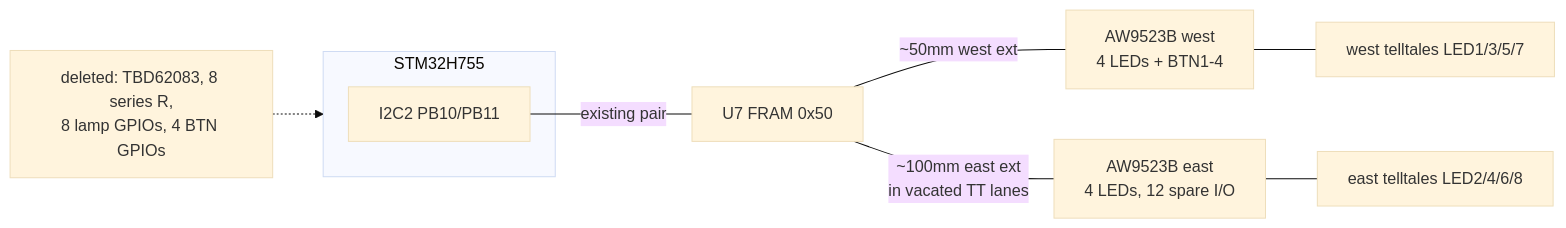
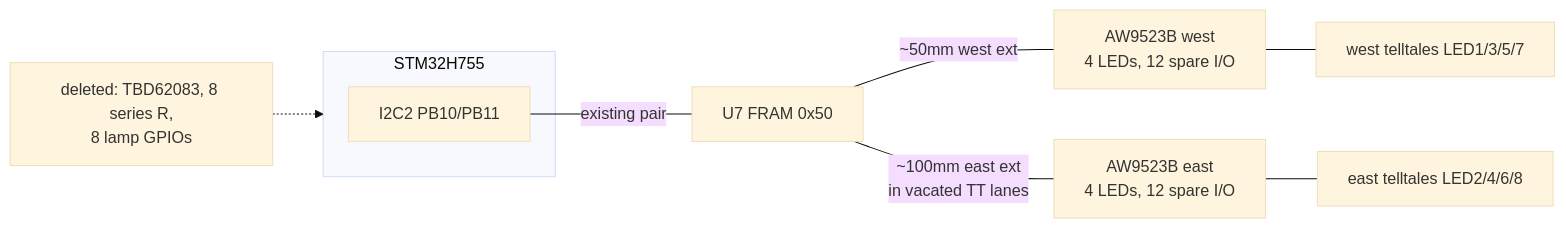
One commit to kms254/Mustang-Dash-Test changed the diagram in docs/plans/2026-07-28-001-feat-i2c-peripheral-consolidation-plan.md. Above: the diagram before and after it, drawn with Mermaid (base theme). The commit also changed other lines of this file, not shown here.

````diff
--- a/docs/plans/2026-07-28-001-feat-i2c-peripheral-consolidation-plan.md
+++ b/docs/plans/2026-07-28-001-feat-i2c-peripheral-consolidation-plan.md
@@ -91,12 +94,12 @@
 ```mermaid
 flowchart LR
   subgraph U1[STM32H755]
     I2C2[I2C2 PB10/PB11]
   end
   I2C2 ---|existing pair| U7[U7 FRAM 0x50]
-  U7 ---|~50mm west ext| W[AW9523B west<br/>4 LEDs + BTN1-4]
+  U7 ---|~50mm west ext| W[AW9523B west<br/>4 LEDs, 12 spare I/O]
   U7 ---|~100mm east ext<br/>in vacated TT lanes| E[AW9523B east<br/>4 LEDs, 12 spare I/O]
   W --- LW[west telltales LED1/3/5/7]
   E --- LE[east telltales LED2/4/6/8]
-  X[deleted: TBD62083, 8 series R,<br/>8 lamp GPIOs, 4 BTN GPIOs] -.-> U1
+  X[deleted: TBD62083, 8 series R,<br/>8 lamp GPIOs] -.-> U1
 ```
````
